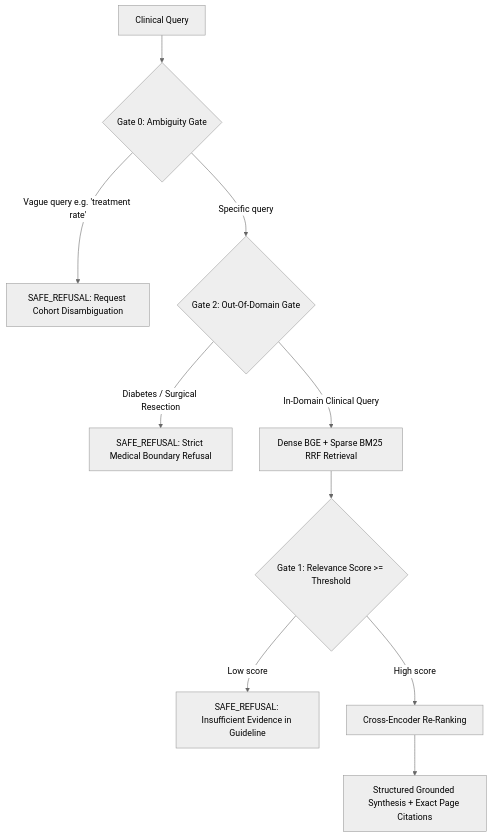
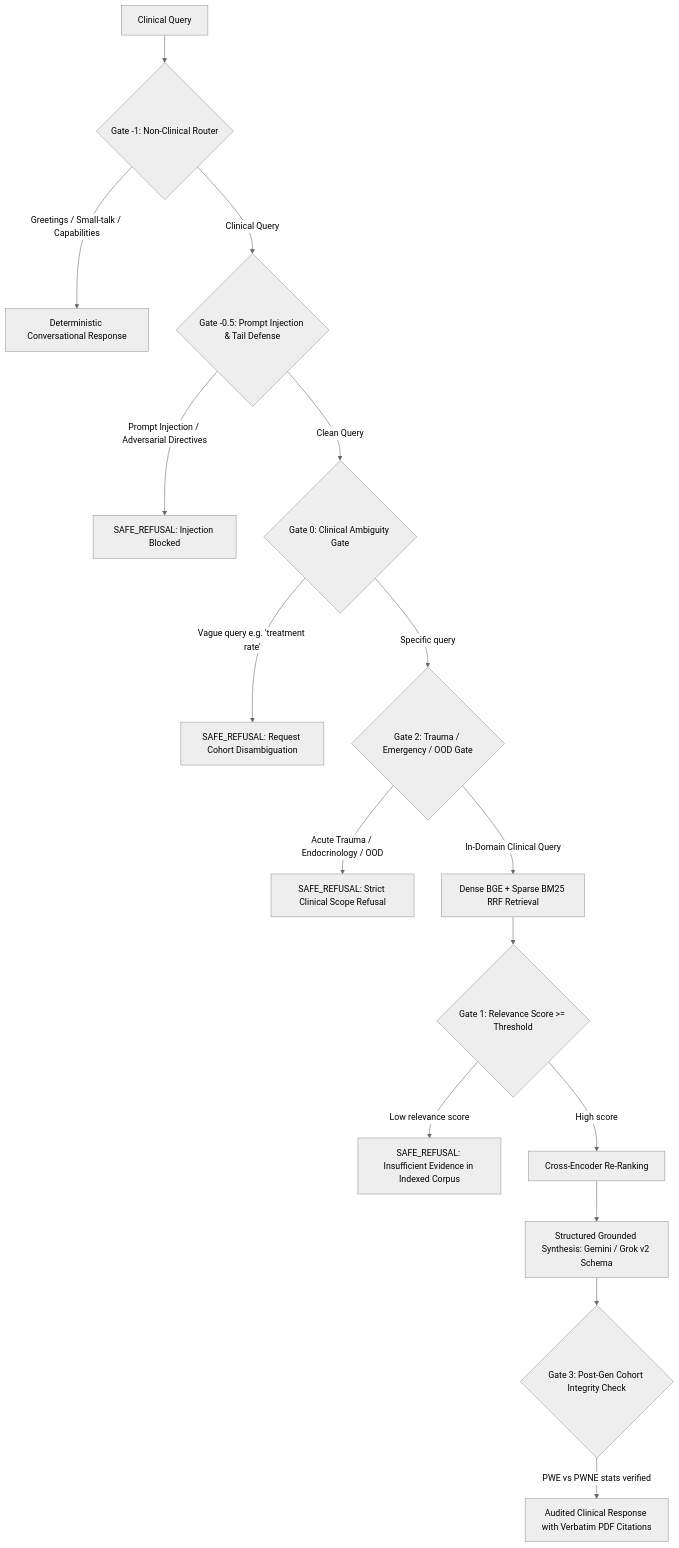
Before and after one commit to bodddz/Clinical-Intelligence: the diagram in README.md, drawn with Mermaid (neutral theme). The commit also changed other lines of this file and 2 other files, not shown here.

First line of the commit message:
chore(refactor): organize repo architecture and clean project structure

````diff
--- a/README.md
+++ b/README.md
@@ -58,12 +72,18 @@
 ```mermaid
 flowchart TD
-    Q[Clinical Query] --> Gate0{Gate 0: Ambiguity Gate}
+    Q[Clinical Query] --> Gneg1{Gate -1: Non-Clinical Router}
+    Gneg1 -- Greetings / Small-talk / Capabilities --> RespConv[Deterministic Conversational Response]
+    Gneg1 -- Clinical Query --> Gneg05{Gate -0.5: Prompt Injection & Tail Defense}
+    Gneg05 -- Prompt Injection / Adversarial Directives --> RefusalInj[SAFE_REFUSAL: Injection Blocked]
+    Gneg05 -- Clean Query --> Gate0{Gate 0: Clinical Ambiguity Gate}
     Gate0 -- Vague query e.g. 'treatment rate' --> Refusal0[SAFE_REFUSAL: Request Cohort Disambiguation]
-    Gate0 -- Specific query --> Gate2{Gate 2: Out-Of-Domain Gate}
-    Gate2 -- Diabetes / Surgical Resection --> Refusal2[SAFE_REFUSAL: Strict Medical Boundary Refusal]
+    Gate0 -- Specific query --> Gate2{Gate 2: Trauma / Emergency / OOD Gate}
+    Gate2 -- Acute Trauma / Endocrinology / OOD --> Refusal2[SAFE_REFUSAL: Strict Clinical Scope Refusal]
     Gate2 -- In-Domain Clinical Query --> Ret[Dense BGE + Sparse BM25 RRF Retrieval]
     Ret --> Gate1{Gate 1: Relevance Score >= Threshold}
-    Gate1 -- Low score --> Refusal1[SAFE_REFUSAL: Insufficient Evidence in Guideline]
+    Gate1 -- Low relevance score --> Refusal1[SAFE_REFUSAL: Insufficient Evidence in Indexed Corpus]
     Gate1 -- High score --> CE[Cross-Encoder Re-Ranking]
-    CE --> Synth[Structured Grounded Synthesis + Exact Page Citations]
+    CE --> Synth[Structured Grounded Synthesis: Gemini / Grok v2 Schema]
+    Synth --> Gate3{Gate 3: Post-Gen Cohort Integrity Check}
+    Gate3 -- PWE vs PWNE stats verified --> FinalResp[Audited Clinical Response with Verbatim PDF Citations]
 ```
````
